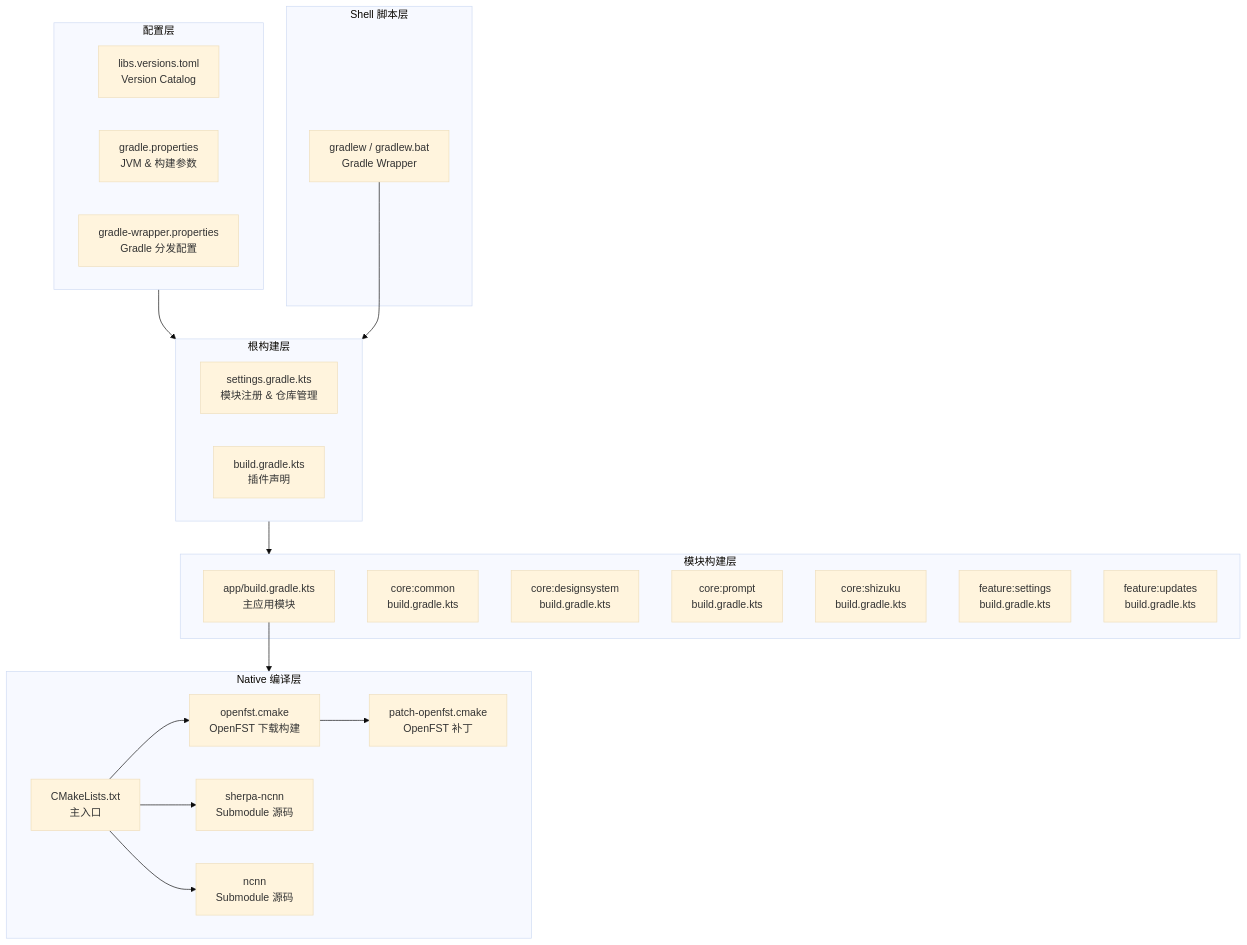
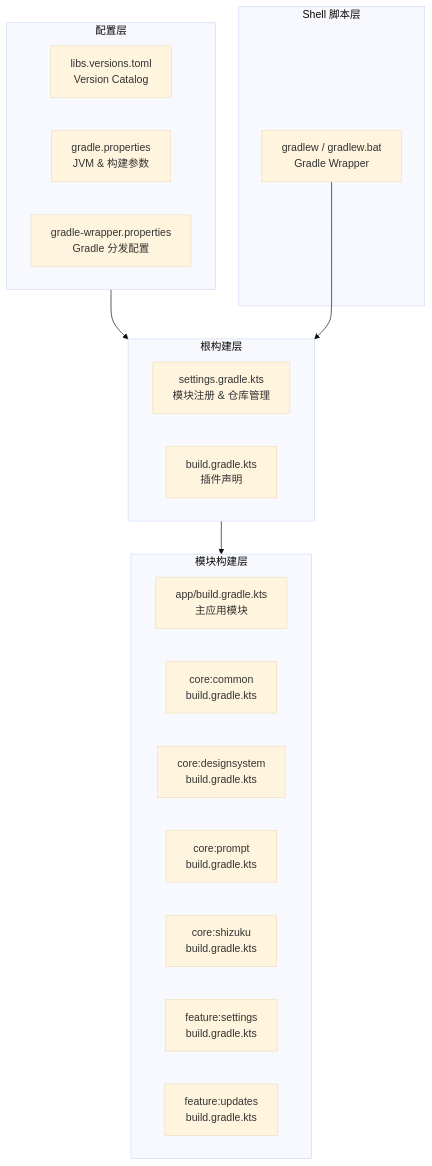
One commit to ZG0704666/Aries-AI changed the first of 3 diagrams in Aries-site/docs/开发规范与工具/构建脚本与工具链.md. Above: the diagram before and after it, drawn with Mermaid (base theme). The commit also changed other lines of this file and 82 other files, not shown here.

````diff
--- a/Aries-site/docs/开发规范与工具/构建脚本与工具链.md
+++ b/Aries-site/docs/开发规范与工具/构建脚本与工具链.md
@@ -28,44 +28,31 @@
 ```mermaid
 flowchart TD
     subgraph Config["配置层"]
         TOML["libs.versions.toml<br/>Version Catalog"]
         GP["gradle.properties<br/>JVM & 构建参数"]
         GW["gradle-wrapper.properties<br/>Gradle 分发配置"]
     end
 
     subgraph Root["根构建层"]
         SETTINGS["settings.gradle.kts<br/>模块注册 & 仓库管理"]
         ROOT_BUILD["build.gradle.kts<br/>插件声明"]
     end
 
     subgraph Modules["模块构建层"]
         APP["app/build.gradle.kts<br/>主应用模块"]
         CORE_COMMON["core:common<br/>build.gradle.kts"]
         CORE_DS["core:designsystem<br/>build.gradle.kts"]
         CORE_PROMPT["core:prompt<br/>build.gradle.kts"]
         CORE_SHIZUKU["core:shizuku<br/>build.gradle.kts"]
         FEAT_SETTINGS["feature:settings<br/>build.gradle.kts"]
         FEAT_UPDATES["feature:updates<br/>build.gradle.kts"]
     end
 
-    subgraph Native["Native 编译层"]
-        CMAKE["CMakeLists.txt<br/>主入口"]
-        OPENFST["openfst.cmake<br/>OpenFST 下载构建"]
-        PATCH["patch-openfst.cmake<br/>OpenFST 补丁"]
-        SHERPA["sherpa-ncnn<br/>Submodule 源码"]
-        NCNN["ncnn<br/>Submodule 源码"]
-    end
-
     subgraph Shell["Shell 脚本层"]
         GRADLEW["gradlew / gradlew.bat<br/>Gradle Wrapper"]
     end
 
     Config --> Root
     Root --> Modules
-    APP --> Native
-    CMAKE --> OPENFST
-    OPENFST --> PATCH
-    CMAKE --> SHERPA
-    CMAKE --> NCNN
     GRADLEW --> Root
 ```
````
